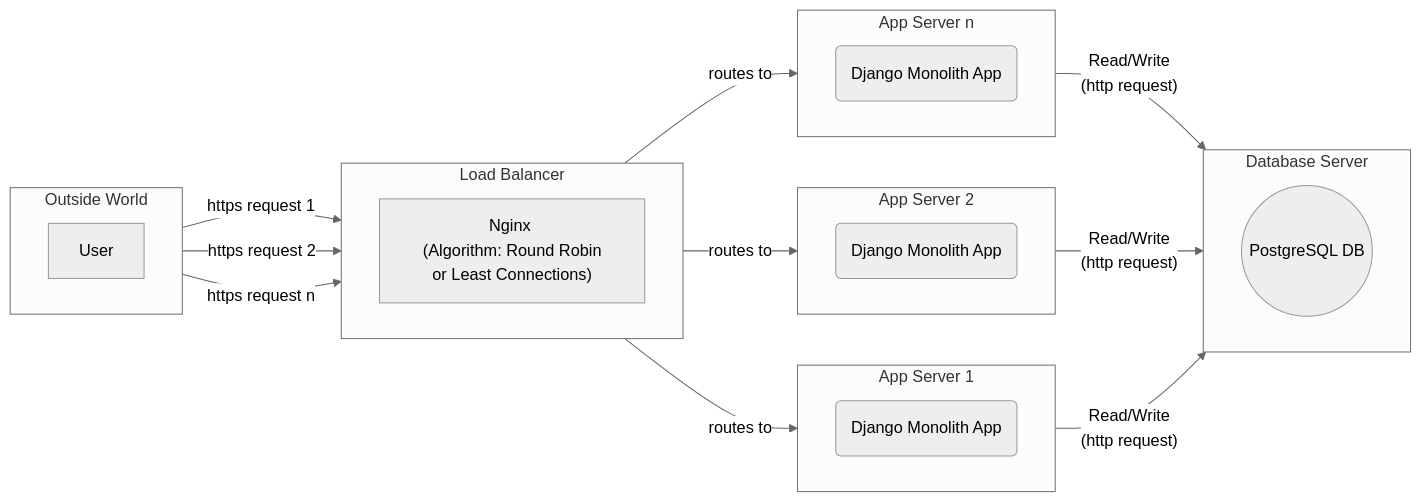
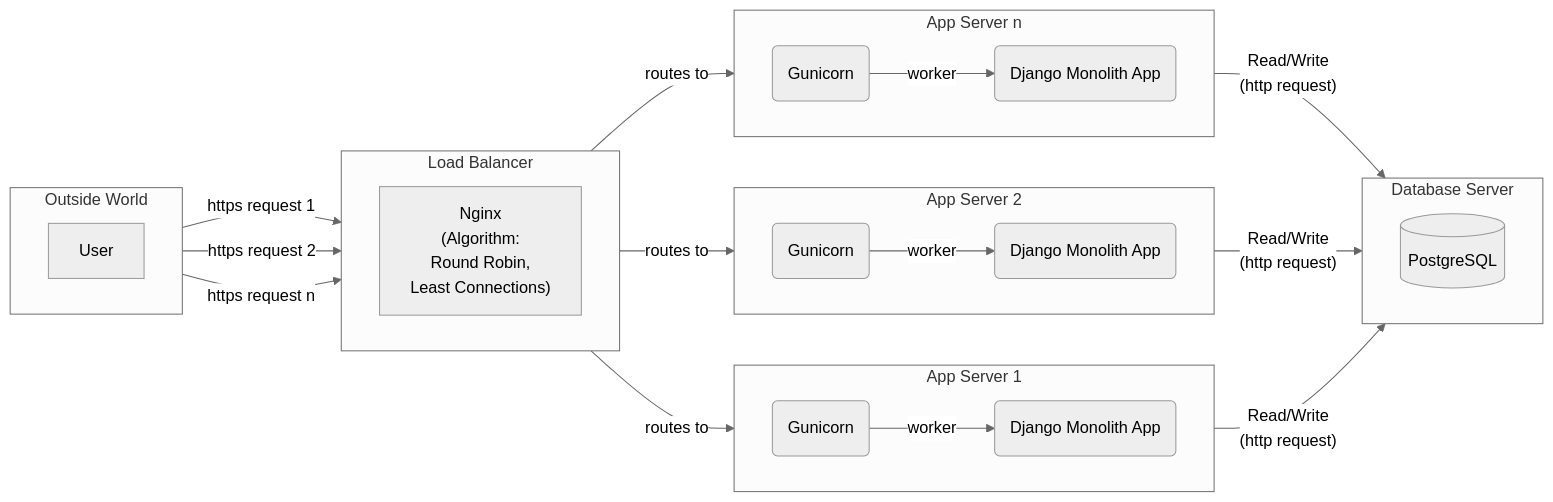
The fifth of 5 diagrams in Diagram/Diagram_Only/Phase1_TheMonolithEra.md (004Ajay/Rough), drawn with Mermaid (neutral theme) before and after one commit. The commit also changed other lines of this file and 4 other files, not shown here.

Commit message:
Gunicorn SVG, Dukaan Stack, Before Dukaan, Customer Interaction, Gunicorn insertion to prev graphs, Postgres new shape

````diff
--- a/Diagram/Diagram_Only/Phase1_TheMonolithEra.md
+++ b/Diagram/Diagram_Only/Phase1_TheMonolithEra.md
@@ -52,46 +97,50 @@
 ```mermaid
 %%{init: {'flowchart': {'htmlLabels': false,}}}%%
 
 graph LR
   %% Nodes
   A[User]
-  B["Nginx <br> (Algorithm: Round Robin or Least Connections)"]
-  B1(Django Monolith App)
-  B2(Django Monolith App)
-  B3(Django Monolith App)
-  C((PostgreSQL DB))
+  N["Nginx <br> (Algorithm: <br> Round Robin, <br> Least Connections)"]
+  D1(Django Monolith App)
+  D2(Django Monolith App)
+  Dn(Django Monolith App)
+  P[(PostgreSQL)]
 
 subgraph Outside World
 direction LR
   A 
 end
 
 subgraph Load Balancer
 direction LR
-  A -- https request 1 --> B
-  A -- https request 2 --> B
-  A -- https request n --> B
+  A -- https request 1 --> N
+  A -- https request 2 --> N
+  A -- https request n --> N
 end
 
 subgraph App Server 1
 direction LR
-  B -- routes to --> B1
+  N -- routes to --> G1(Gunicorn)
+  G1 -- worker --> D1
+  
 end
 
 subgraph App Server 2
 direction LR
-  B -- routes to --> B2
+  N -- routes to --> G2(Gunicorn)
+  G2 -- worker --> D2
 end
 
 subgraph App Server n
 direction LR
-  B -- routes to --> B3
+  N -- routes to --> Gn(Gunicorn)
+  Gn -- worker --> Dn
 end
 
 subgraph Database Server
 direction LR
-  B1 -- Read/Write<br>(http request) --> C
-  B2 -- Read/Write<br>(http request) --> C
-  B3 -- Read/Write<br>(http request) --> C
+  D1 -- Read/Write<br>(http request) --> P
+  D2 -- Read/Write<br>(http request) --> P
+  Dn -- Read/Write<br>(http request) --> P
 end
 ```
````
